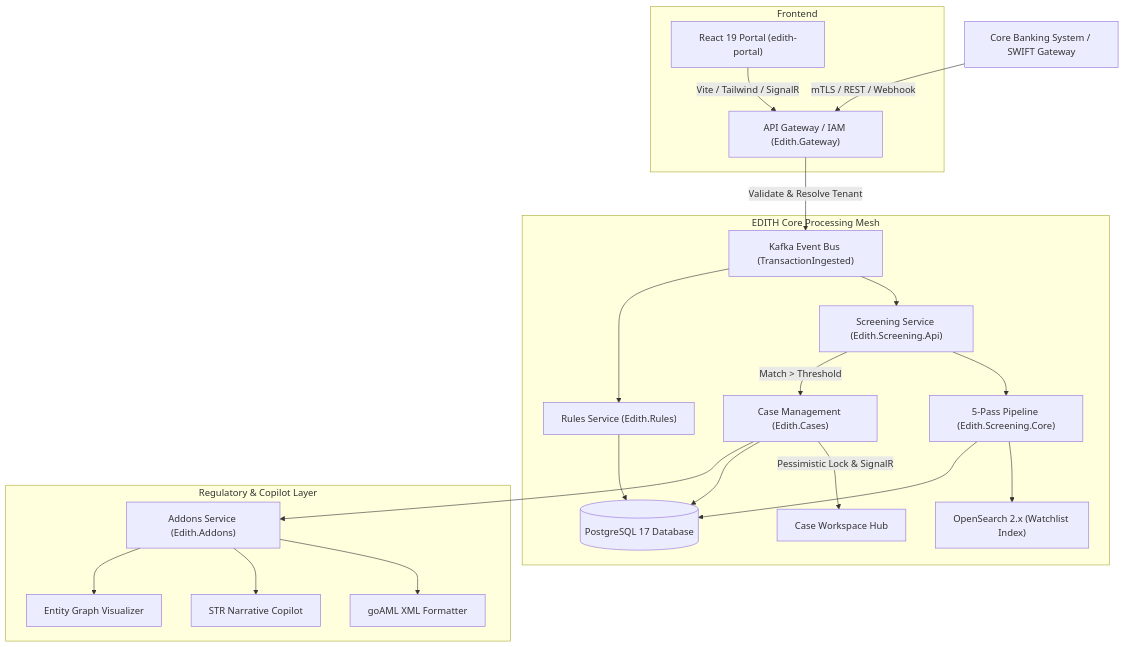
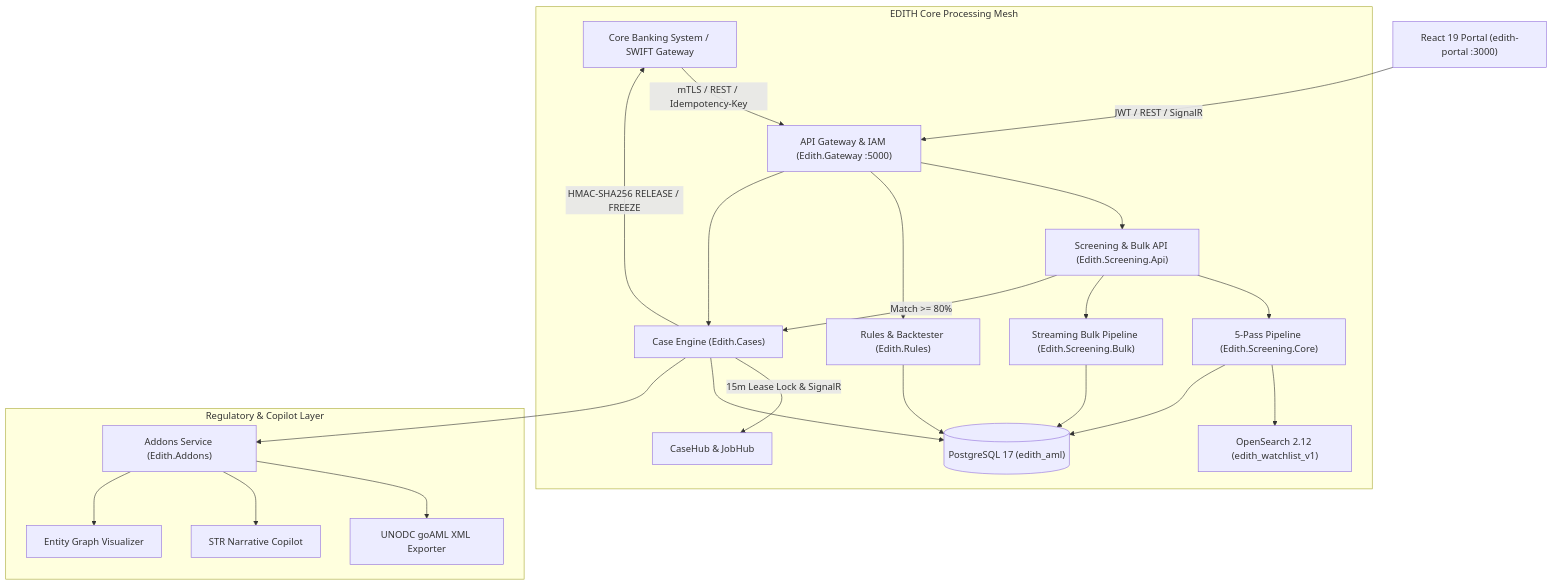
One commit to ju5tin8924/EDITH changed the diagram in README.md. Above: the diagram before and after it, drawn with Mermaid. The commit also changed other lines of this file and 47 other files, not shown here.

Commit message:
feat(platform): complete Phases 1-5 (OpenSearch screening, bulk ingestion & skip export, 4-Eyes case engine, live React portal bridge, v5.0 docs & README)

````diff
--- a/README.md
+++ b/README.md
@@ -45,30 +47,30 @@
 ```mermaid
 flowchart TD
-    CBS["Core Banking System / SWIFT Gateway"] -->|mTLS / REST / Webhook| GW["API Gateway / IAM (Edith.Gateway)"]
-    GW -->|Validate & Resolve Tenant| BUS["Kafka Event Bus (TransactionIngested)"]
-    
+    CBS["Core Banking System / SWIFT Gateway"] -->|mTLS / REST / Idempotency-Key| GW["API Gateway & IAM (Edith.Gateway :5000)"]
+    UI["React 19 Portal (edith-portal :3000)"] -->|JWT / REST / SignalR| GW
+
     subgraph Core Engine [EDITH Core Processing Mesh]
-        BUS --> SCREEN["Screening Service (Edith.Screening.Api)"]
+        GW --> SCREEN["Screening & Bulk API (Edith.Screening.Api)"]
         SCREEN --> CORE["5-Pass Pipeline (Edith.Screening.Core)"]
-        CORE --> OS["OpenSearch 2.x (Watchlist Index)"]
-        CORE --> PG[("PostgreSQL 17 Database")]
-        
-        BUS --> RULES["Rules Service (Edith.Rules)"]
+        SCREEN --> BULK["Streaming Bulk Pipeline (Edith.Screening.Bulk)"]
+        CORE --> OS["OpenSearch 2.12 (edith_watchlist_v1)"]
+        CORE --> PG[("PostgreSQL 17 (edith_aml)")]
+        BULK --> PG
+
+        GW --> RULES["Rules & Backtester (Edith.Rules)"]
         RULES --> PG
-        
-        SCREEN -->|Match > Threshold| CASES["Case Management (Edith.Cases)"]
-        CASES -->|Pessimistic Lock & SignalR| WS["Case Workspace Hub"]
+
+        SCREEN -->|Match >= 80%| CASES["Case Engine (Edith.Cases)"]
+        GW --> CASES
+        CASES -->|15m Lease Lock & SignalR| HUB["CaseHub & JobHub"]
+        CASES -->|HMAC-SHA256 RELEASE / FREEZE| CBS
         CASES --> PG
     end
-    
+
     subgraph Addons & Reporting [Regulatory & Copilot Layer]
         CASES --> ADDONS["Addons Service (Edith.Addons)"]
-        ADDONS --> GOAML["goAML XML Formatter"]
+        ADDONS --> GOAML["UNODC goAML XML Exporter"]
         ADDONS --> AI["STR Narrative Copilot"]
         ADDONS --> GRAPH["Entity Graph Visualizer"]
     end
-    
-    subgraph Operator Console [Frontend]
-        UI["React 19 Portal (edith-portal)"] -->|Vite / Tailwind / SignalR| GW
-    end
 ```
````
